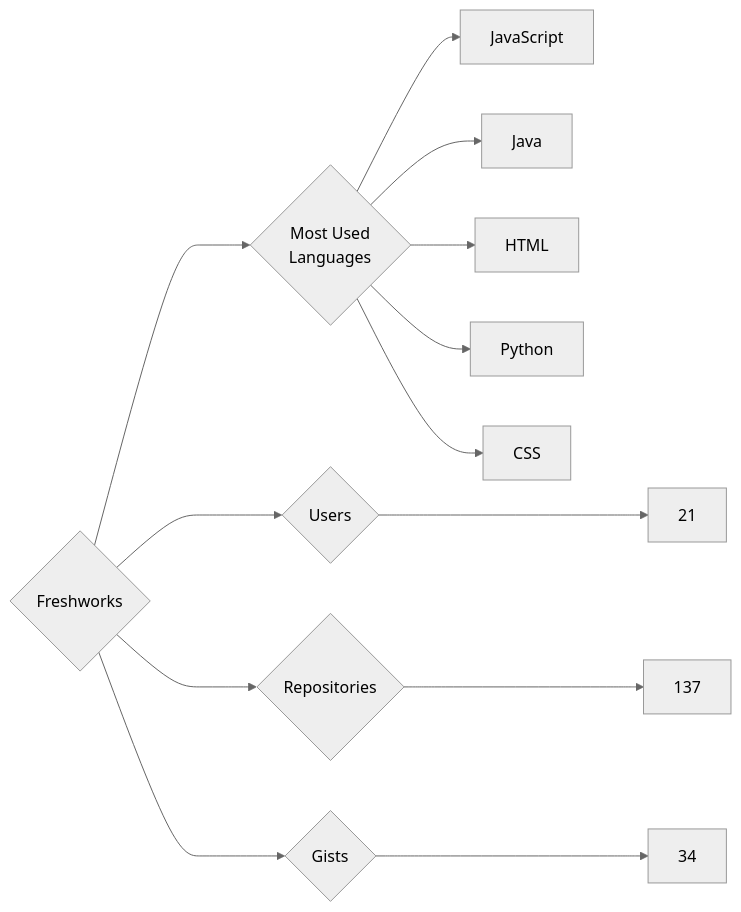
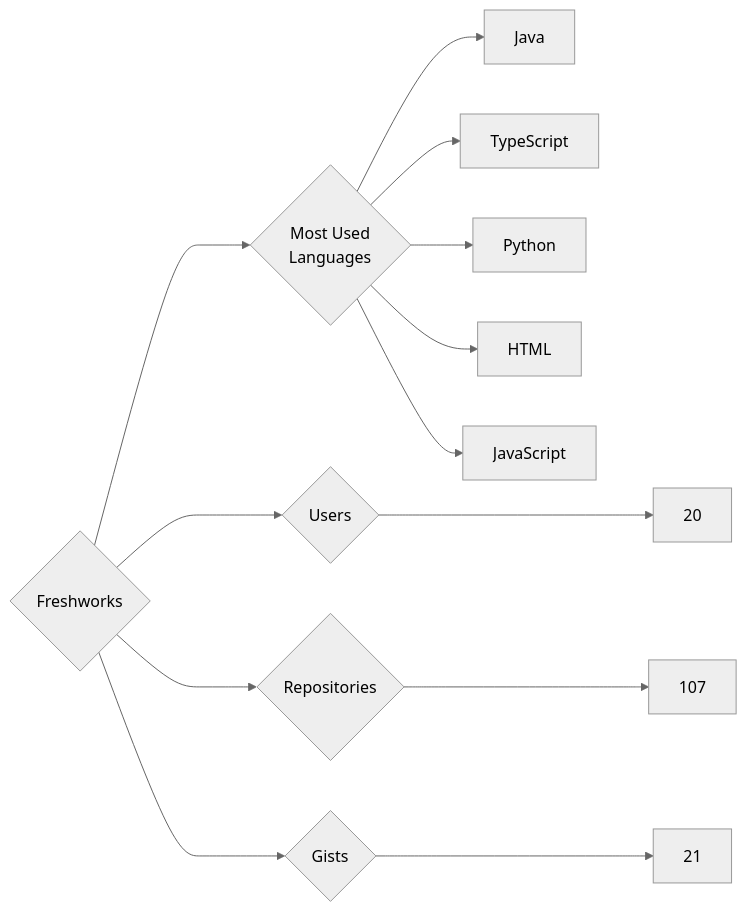
The diagram in targets/Freshworks/README.md (trickest/insiders), drawn with Mermaid (neutral theme) before and after one commit. The commit also changed 965 other files, not shown here.

````diff
--- a/targets/Freshworks/README.md
+++ b/targets/Freshworks/README.md
@@ -3,13 +3,13 @@
 ```mermaid
 graph LR
 COMPANY_NAME{Freshworks}
-COMPANY_NAME ---> U{Users} ---> UN[21]
-COMPANY_NAME ---> R{Repositories} ---> RN[137]
-COMPANY_NAME ---> G{Gists} ---> GN[34]
+COMPANY_NAME ---> U{Users} ---> UN[20]
+COMPANY_NAME ---> R{Repositories} ---> RN[107]
+COMPANY_NAME ---> G{Gists} ---> GN[21]
 COMPANY_NAME ---> ML{Most Used<br>Languages}
+ML --> Java[Java]
+ML --> TypeScript[TypeScript]
+ML --> Python[Python]
+ML --> HTML[HTML]
 ML --> JavaScript[JavaScript]
-ML --> Java[Java]
-ML --> HTML[HTML]
-ML --> Python[Python]
-ML --> CSS[CSS]
 ```
````
